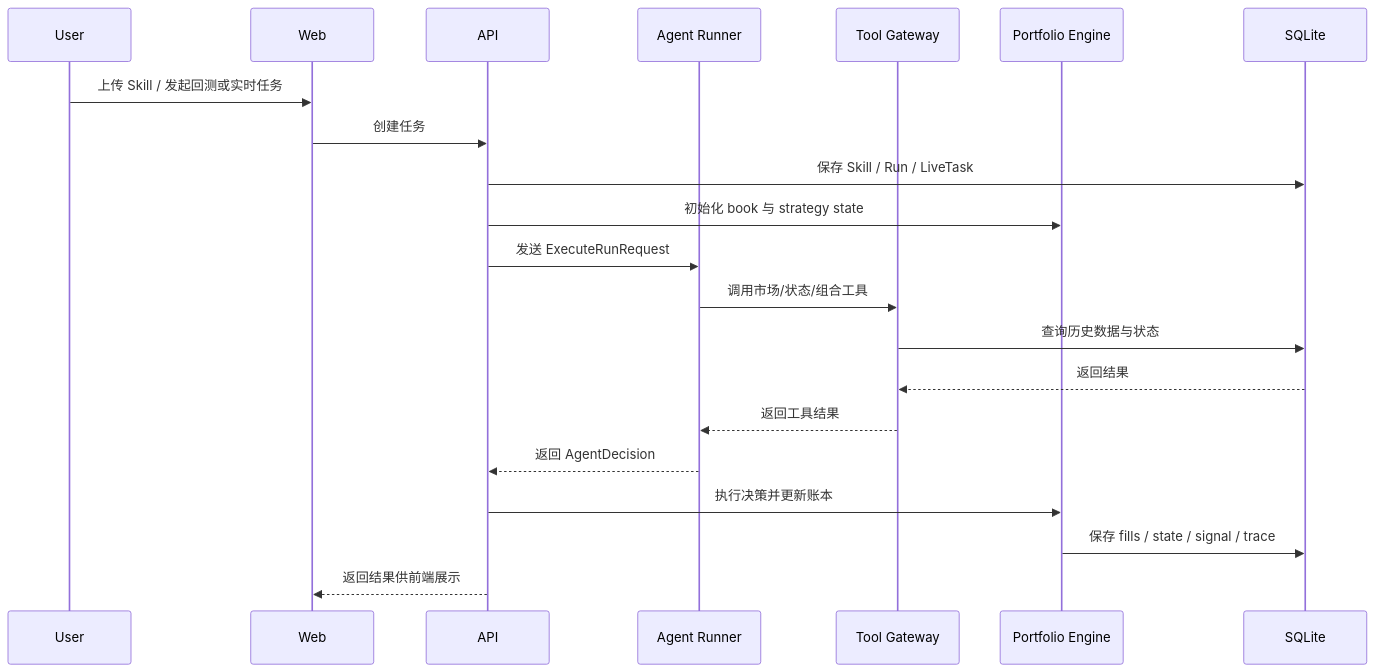
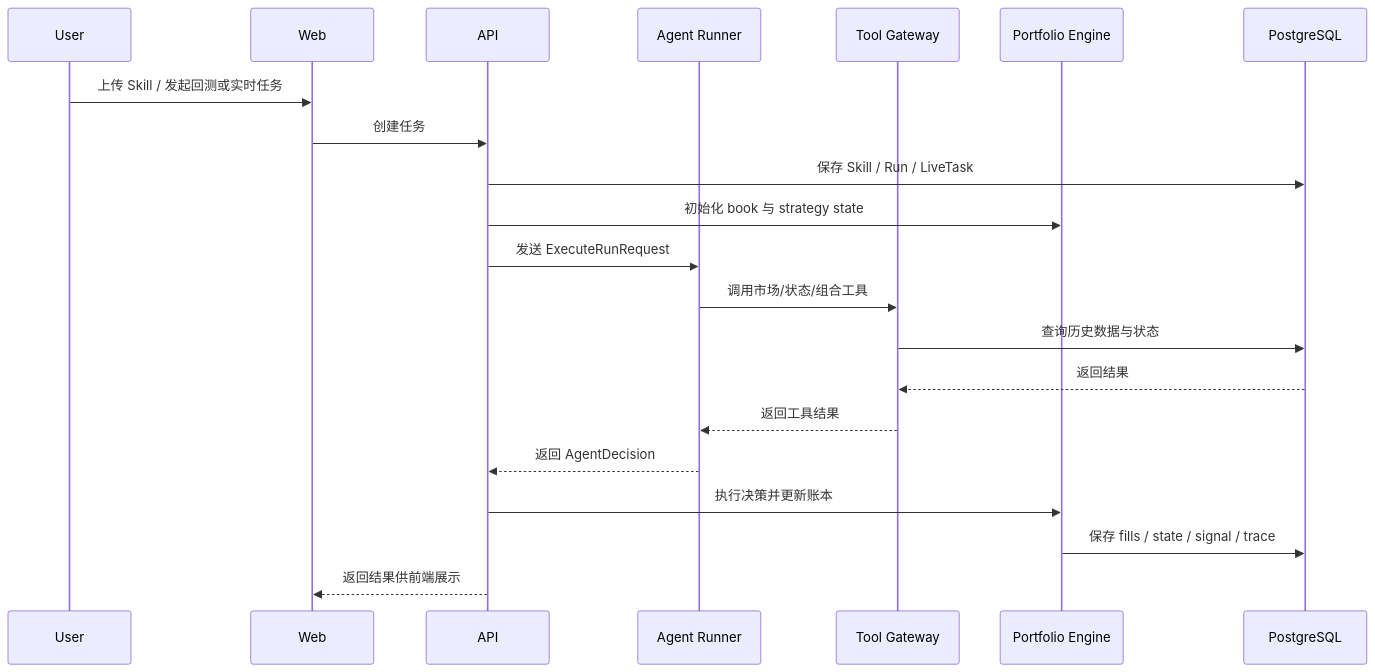
The second of 2 diagrams in docs/tradeskills-architecture-tech.zh-CN.md (tangfuhao/tradeSkillsPlatform), drawn with Mermaid before and after one commit. The commit also changed other lines of this file and 54 other files, not shown here.

Commit message:
feat: migrate runtime storage to PostgreSQL

````diff
--- a/docs/tradeskills-architecture-tech.zh-CN.md
+++ b/docs/tradeskills-architecture-tech.zh-CN.md
@@ -317,24 +317,24 @@
 ```mermaid
 sequenceDiagram
     participant U as User
     participant W as Web
     participant A as API
     participant R as Agent Runner
     participant G as Tool Gateway
     participant P as Portfolio Engine
-    participant D as SQLite
+    participant D as PostgreSQL
 
     U->>W: 上传 Skill / 发起回测或实时任务
     W->>A: 创建任务
     A->>D: 保存 Skill / Run / LiveTask
     A->>P: 初始化 book 与 strategy state
     A->>R: 发送 ExecuteRunRequest
     R->>G: 调用市场/状态/组合工具
     G->>D: 查询历史数据与状态
     D-->>G: 返回结果
     G-->>R: 返回工具结果
     R-->>A: 返回 AgentDecision
     A->>P: 执行决策并更新账本
     P->>D: 保存 fills / state / signal / trace
     A-->>W: 返回结果供前端展示
 ```
````
